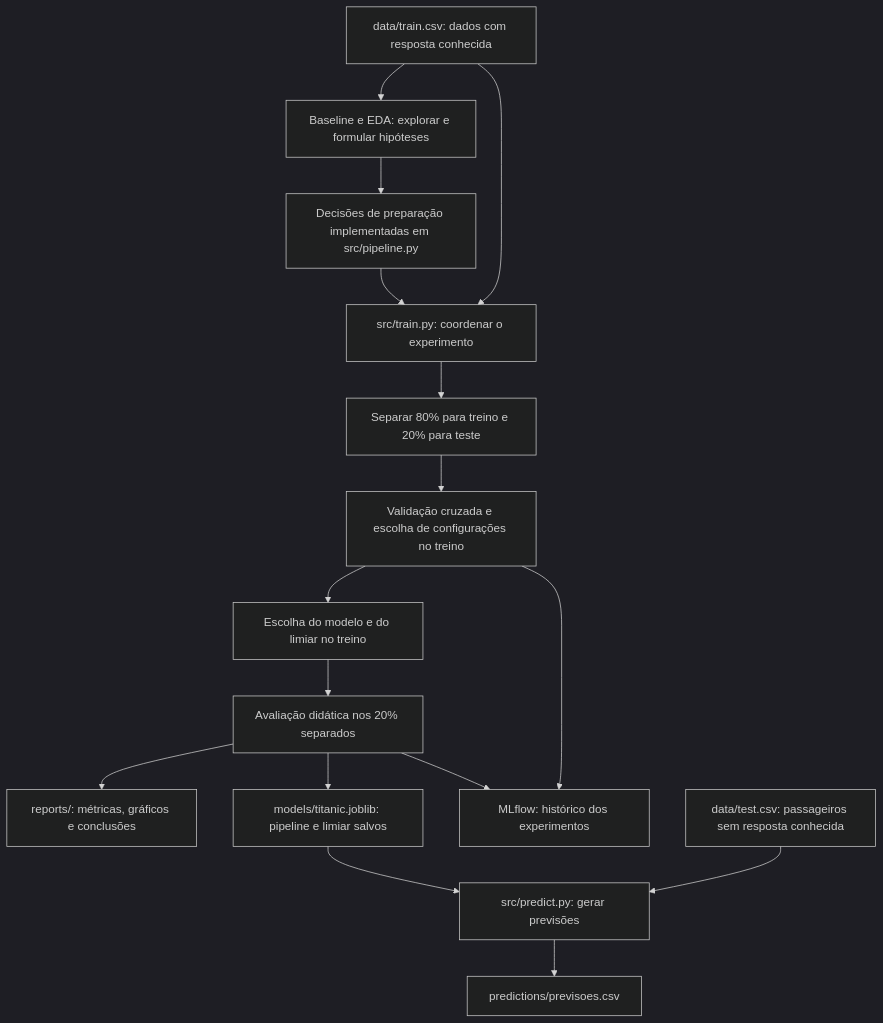
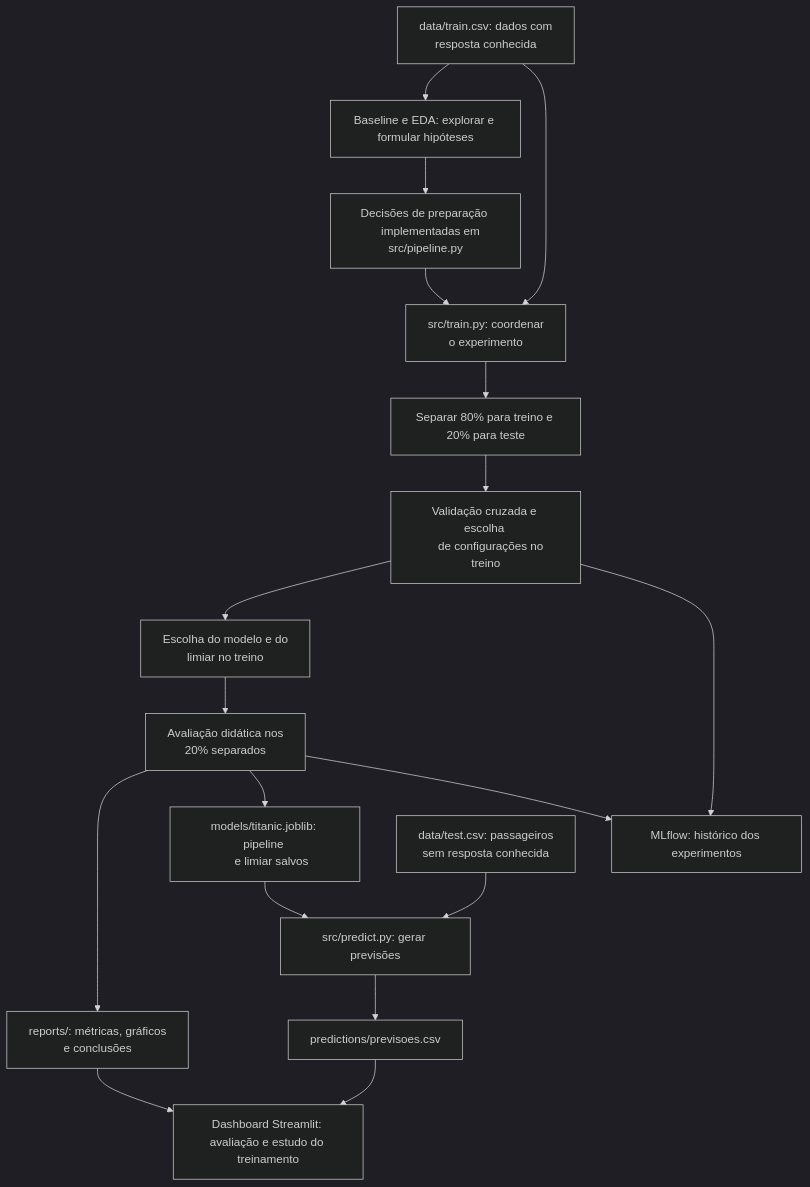
The diagram in relatorio.md (Brendalu2005/titanic-survival-classification), drawn with Mermaid (dark theme) before and after one commit. The commit also changed other lines of this file and 12 other files, not shown here.

Commit message:
ajuste no dashboard: graficos com plotly e seção nova

````diff
--- a/relatorio.md
+++ b/relatorio.md
@@ -26,18 +27,29 @@
 ```mermaid
 flowchart TD
-    A[data/train.csv: dados com resposta conhecida] --> B[Baseline e EDA: explorar e formular hipóteses]
-    B --> C[Decisões de preparação implementadas em src/pipeline.py]
-    A --> D[src/train.py: coordenar o experimento]
+    A[data/train.csv: dados com 
+    resposta conhecida] --> B[Baseline e EDA: explorar e formular hipóteses]
+    B --> C[Decisões de preparação 
+    implementadas em src/pipeline.py]
+    A --> D[src/train.py: coordenar 
+    o experimento]
     C --> D
     D --> E[Separar 80% para treino e 20% para teste]
-    E --> F[Validação cruzada e escolha de configurações no treino]
-    F --> G[Escolha do modelo e do limiar no treino]
-    G --> H[Avaliação didática nos 20% separados]
-    H --> I[reports/: métricas, gráficos e conclusões]
-    H --> J[models/titanic.joblib: pipeline e limiar salvos]
+    E --> F[Validação cruzada e escolha 
+    de configurações no treino]
+    F --> G[Escolha do modelo e do 
+    limiar no treino]
+    G --> H[Avaliação didática nos 
+    20% separados]
+    H --> I[reports/: métricas, gráficos 
+    e conclusões]
+    H --> J[models/titanic.joblib: pipeline 
+    e limiar salvos]
     F --> K[MLflow: histórico dos experimentos]
     H --> K
     J --> L[src/predict.py: gerar previsões]
-    M[data/test.csv: passageiros sem resposta conhecida] --> L
+    M[data/test.csv: passageiros 
+    sem resposta conhecida] --> L
     L --> N[predictions/previsoes.csv]
+    I --> O[Dashboard Streamlit: avaliação e estudo do treinamento]
+    N --> O
 ```
````
